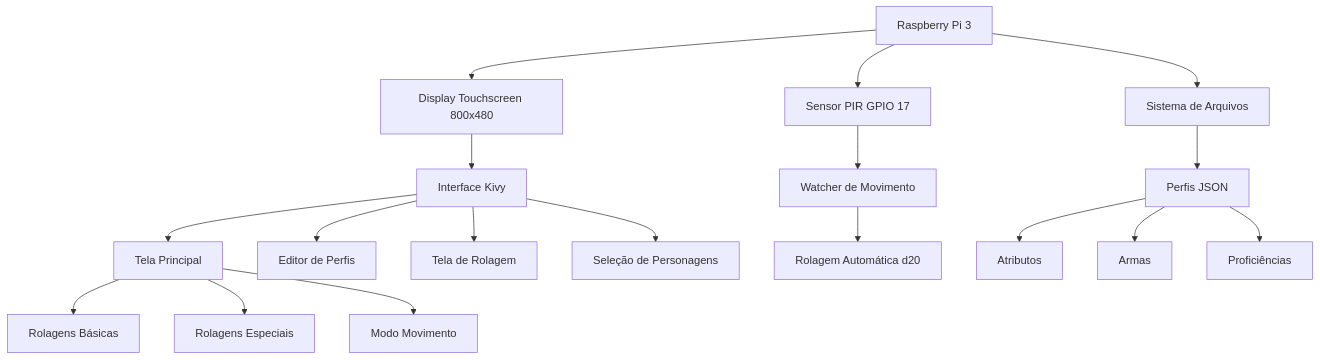
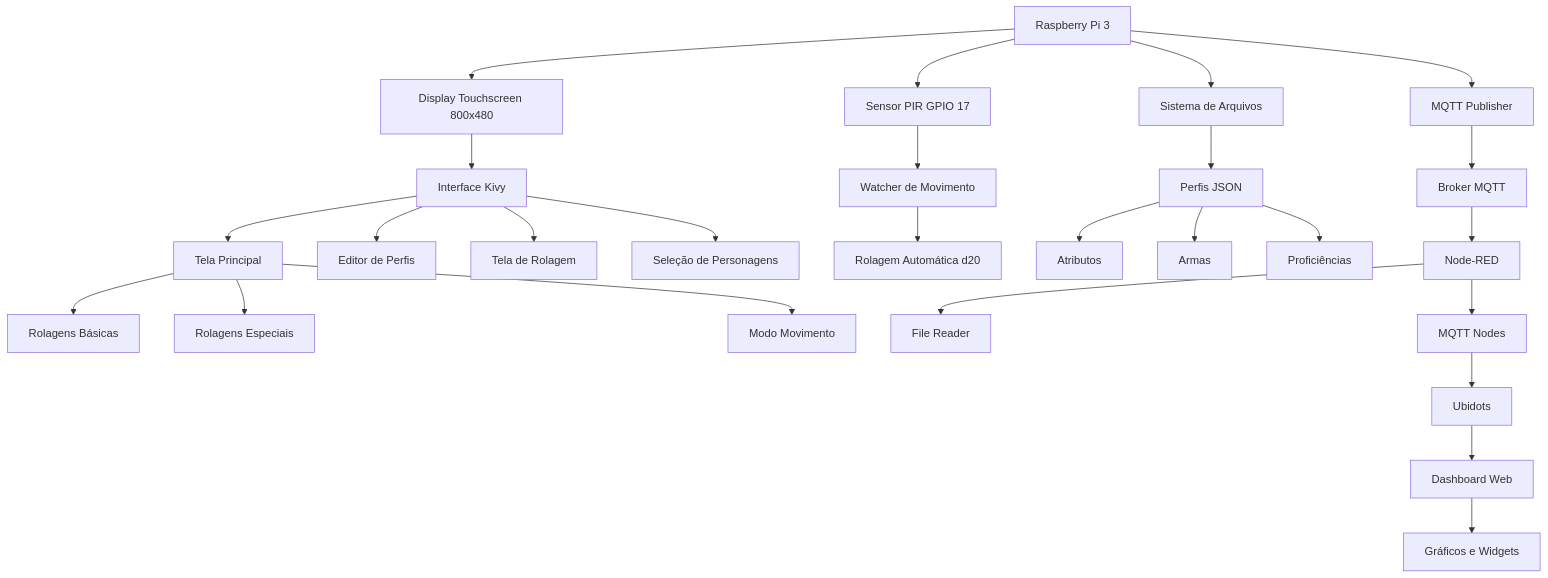
Before and after one commit to acramin/t2_micro: the diagram in README.md, drawn with Mermaid. The commit also changed other lines of this file, not shown here.

````diff
--- a/README.md
+++ b/README.md
@@ -45,20 +49,28 @@
 ```mermaid
 graph TD
     A[Raspberry Pi 3] --> B[Display Touchscreen 800x480]
     A --> C[Sensor PIR GPIO 17]
     A --> D[Sistema de Arquivos]
-    B --> E[Interface Kivy]
-    E --> F[Tela Principal]
-    E --> G[Editor de Perfis]
-    E --> H[Tela de Rolagem]
-    E --> I[Seleção de Personagens]
-    C --> J[Watcher de Movimento]
-    J --> K[Rolagem Automática d20]
-    D --> L[Perfis JSON]
-    L --> M[Atributos]
-    L --> N[Armas]
-    L --> O[Proficiências]
-    F --> P[Rolagens Básicas]
-    F --> Q[Rolagens Especiais]
-    F --> R[Modo Movimento]
+    A --> E[MQTT Publisher]
+    B --> F[Interface Kivy]
+    F --> G[Tela Principal]
+    F --> H[Editor de Perfis]
+    F --> I[Tela de Rolagem]
+    F --> J[Seleção de Personagens]
+    C --> K[Watcher de Movimento]
+    K --> L[Rolagem Automática d20]
+    D --> M[Perfis JSON]
+    M --> N[Atributos]
+    M --> O[Armas]
+    M --> P[Proficiências]
+    G --> Q[Rolagens Básicas]
+    G --> R[Rolagens Especiais]
+    G --> S[Modo Movimento]
+    E --> T[Broker MQTT]
+    T --> U[Node-RED]
+    U --> V[File Reader]
+    U --> W[MQTT Nodes]
+    W --> X[Ubidots]
+    X --> Y[Dashboard Web]
+    Y --> Z[Gráficos e Widgets]
 ```
````
